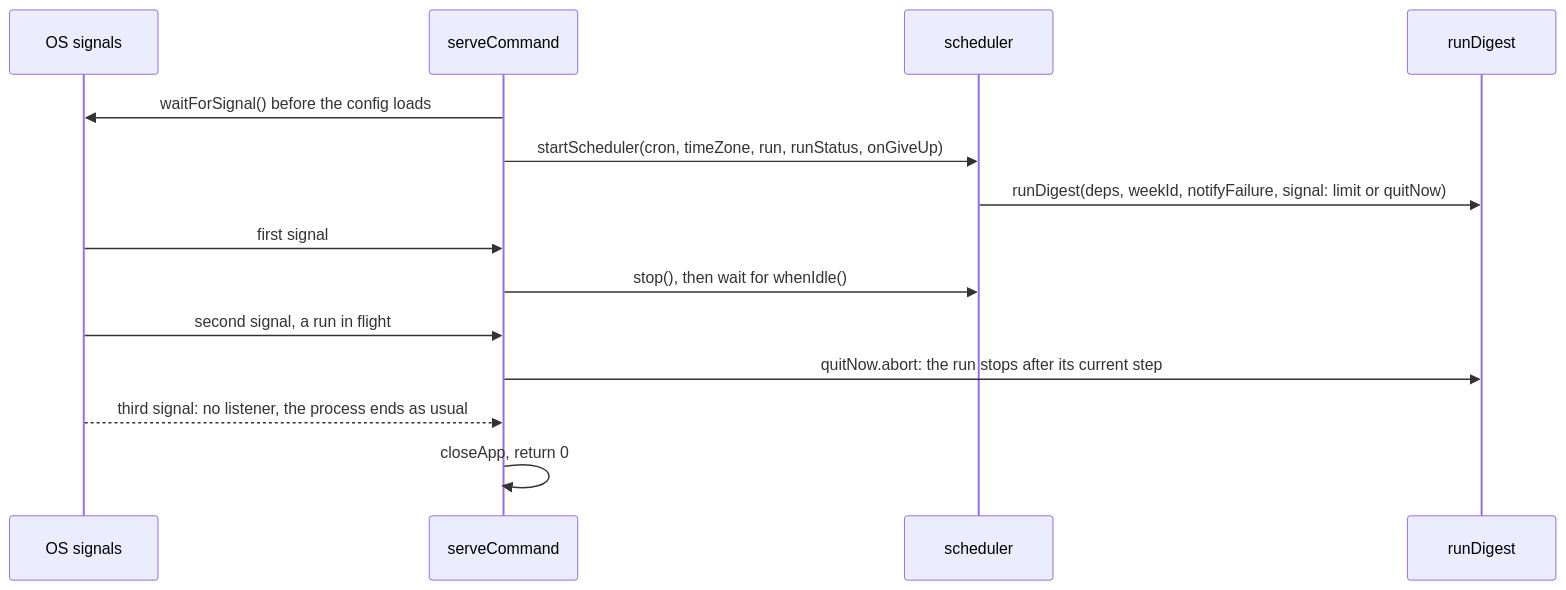
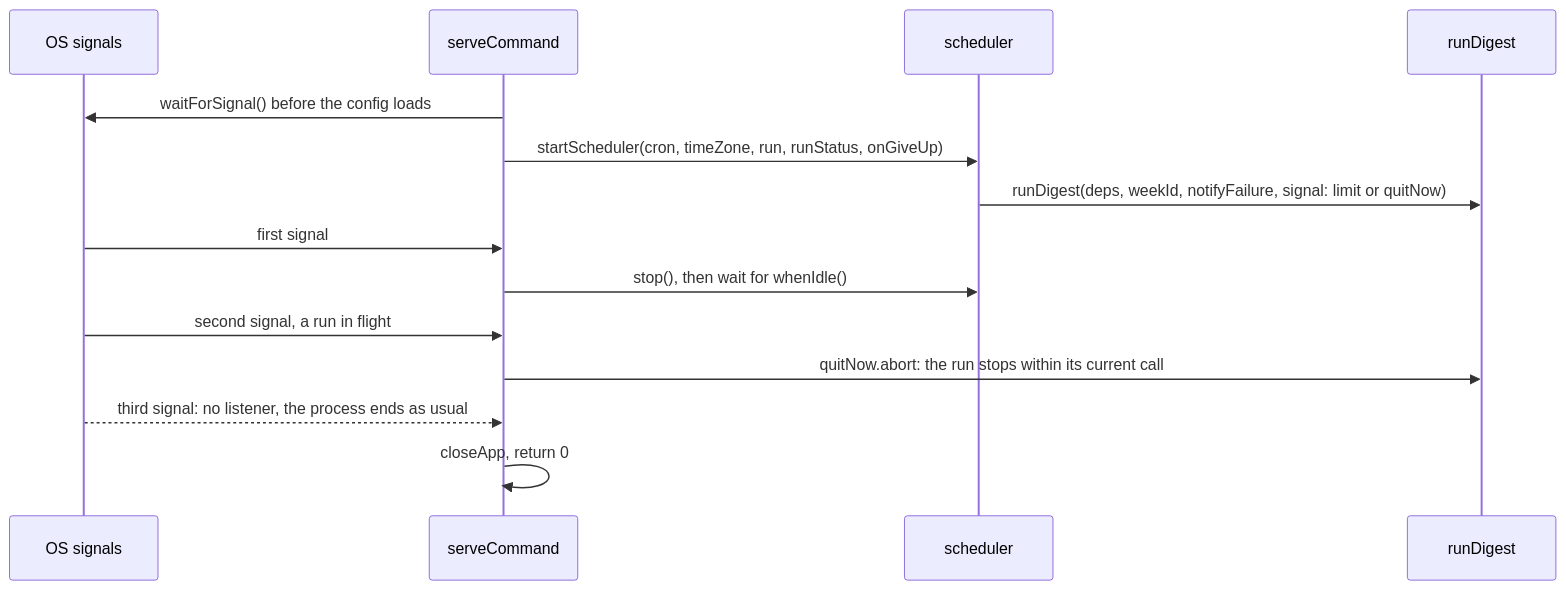
Before and after one commit to odere-pro/weekly-engineering-digest-agent: the second of 2 diagrams in src/cli/serve/CLAUDE.md, drawn with Mermaid. The commit also changed other lines of this file and 29 other files, not shown here.

First line of the commit message:
feat(digest): the run's abort reaches classify, write and select

````diff
--- a/src/cli/serve/CLAUDE.md
+++ b/src/cli/serve/CLAUDE.md
@@ -24,16 +24,16 @@
 ```mermaid
 sequenceDiagram
   participant os as OS signals
   participant serve as serveCommand
   participant sched as scheduler
   participant run as runDigest
   serve->>os: waitForSignal() before the config loads
   serve->>sched: startScheduler(cron, timeZone, run, runStatus, onGiveUp)
   sched->>run: runDigest(deps, weekId, notifyFailure, signal: limit or quitNow)
   os->>serve: first signal
   serve->>sched: stop(), then wait for whenIdle()
   os->>serve: second signal, a run in flight
-  serve->>run: quitNow.abort: the run stops after its current step
+  serve->>run: quitNow.abort: the run stops within its current call
   os-->>serve: third signal: no listener, the process ends as usual
   serve->>serve: closeApp, return 0
 ```
````
